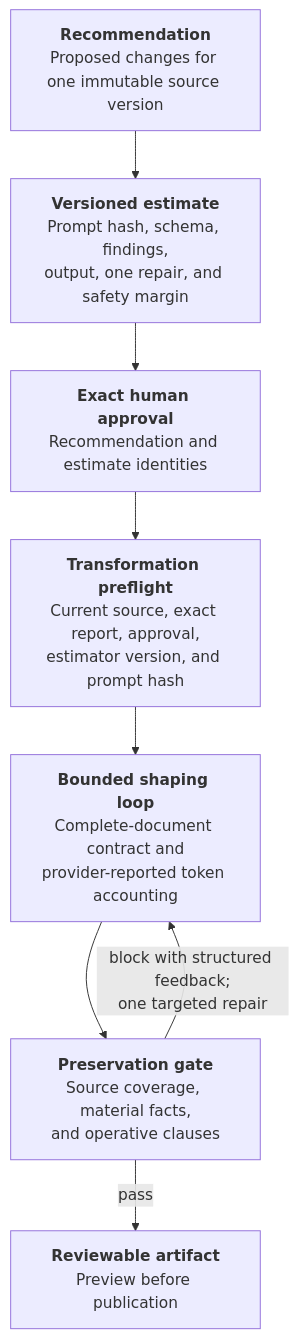
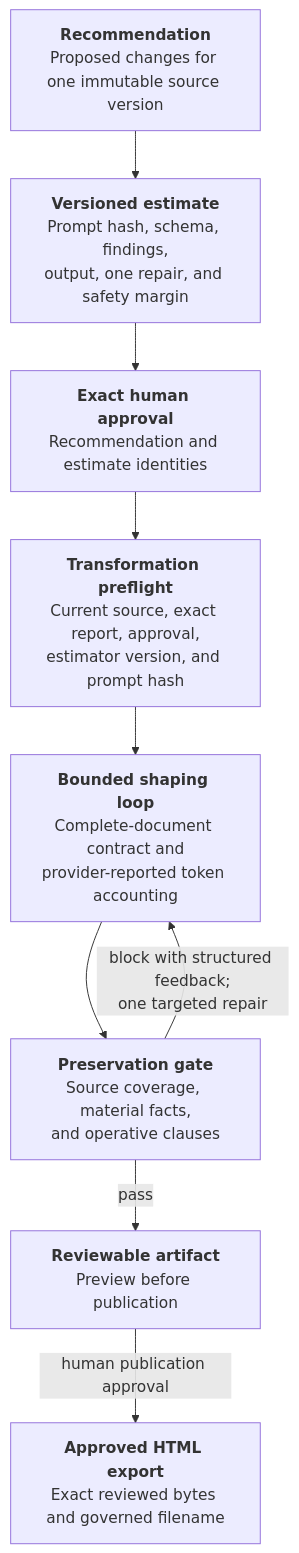
Before and after one commit to stjeffer/shaper: the seventh of 7 diagrams in docs/architecture.md, drawn with Mermaid. The commit also changed other lines of this file and 26 other files, not shown here.

First line of the commit message:
fix(shaping): separate review notes and export approved HTML

````diff
--- a/docs/architecture.md
+++ b/docs/architecture.md
@@ -627,30 +627,33 @@
 ```mermaid
 flowchart TB
     recommendation["`**Recommendation**
 Proposed changes for one immutable source version`"]
     estimate["`**Versioned estimate**
 Prompt hash, schema, findings,
 output, one repair, and safety margin`"]
     approval["`**Exact human approval**
 Recommendation and estimate identities`"]
     preflight["`**Transformation preflight**
 Current source, exact report, approval,
 estimator version, and prompt hash`"]
     shaping["`**Bounded shaping loop**
 Complete-document contract and
 provider-reported token accounting`"]
     preservation["`**Preservation gate**
 Source coverage, material facts,
 and operative clauses`"]
     artifact["`**Reviewable artifact**
 Preview before publication`"]
+    export["`**Approved HTML export**
+Exact reviewed bytes and governed filename`"]
 
     recommendation --> estimate
     estimate --> approval
     approval --> preflight
     preflight --> shaping
     shaping --> preservation
     preservation -->|"`pass`"| artifact
     preservation -->|"`block with structured feedback;
 one targeted repair`"| shaping
+    artifact -->|"`human publication approval`"| export
 ```
````
